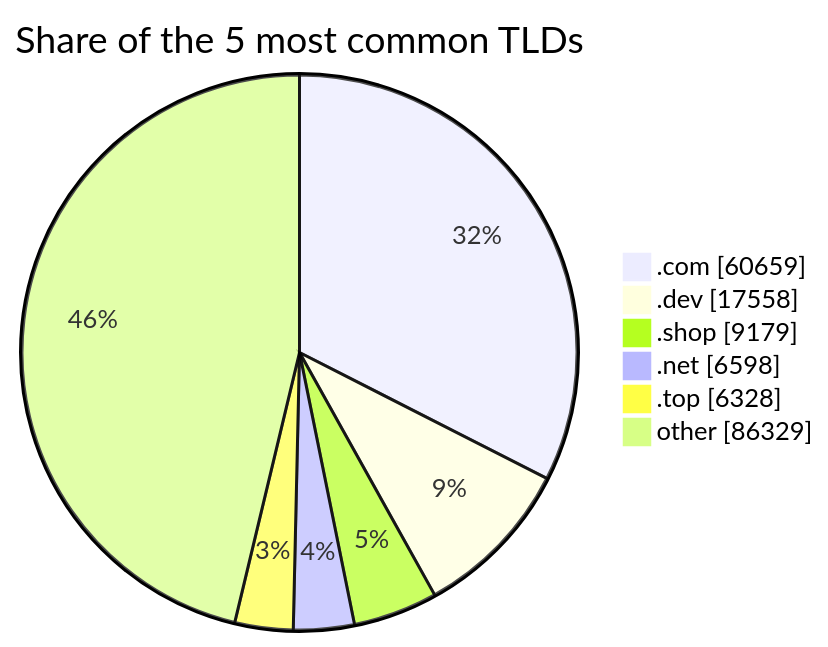
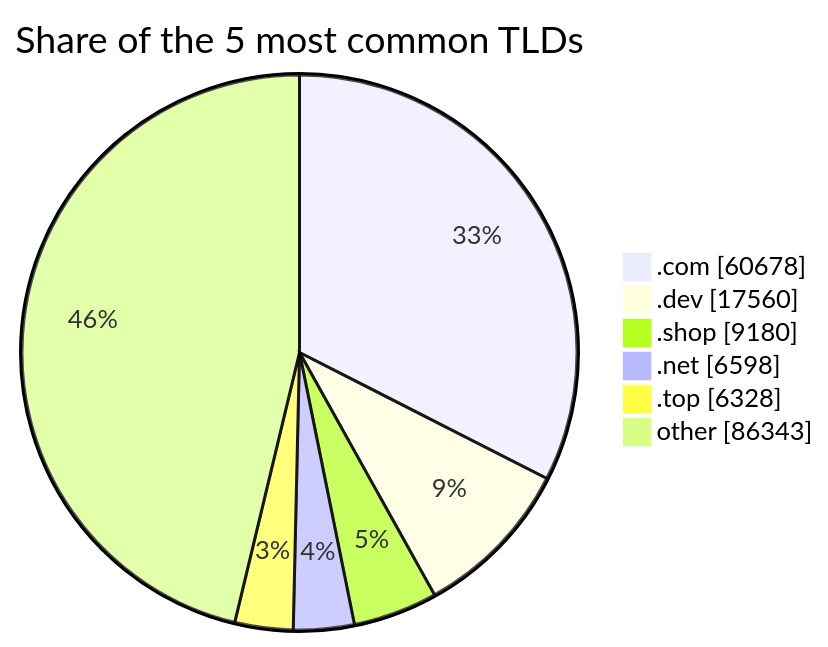
The third of 3 diagrams in README.md (DNSBunker/CTI), drawn with Mermaid before and after one commit. The commit also changed other lines of this file and 3 other files, not shown here.

````diff
--- a/README.md
+++ b/README.md
@@ -81,9 +81,9 @@
 ```mermaid
 pie showData title Share of the 5 most common TLDs
-    ".com" : 60659
-    ".dev" : 17558
-    ".shop" : 9179
+    ".com" : 60678
+    ".dev" : 17560
+    ".shop" : 9180
     ".net" : 6598
     ".top" : 6328
-    "other" : 86329
+    "other" : 86343
 ```
````
